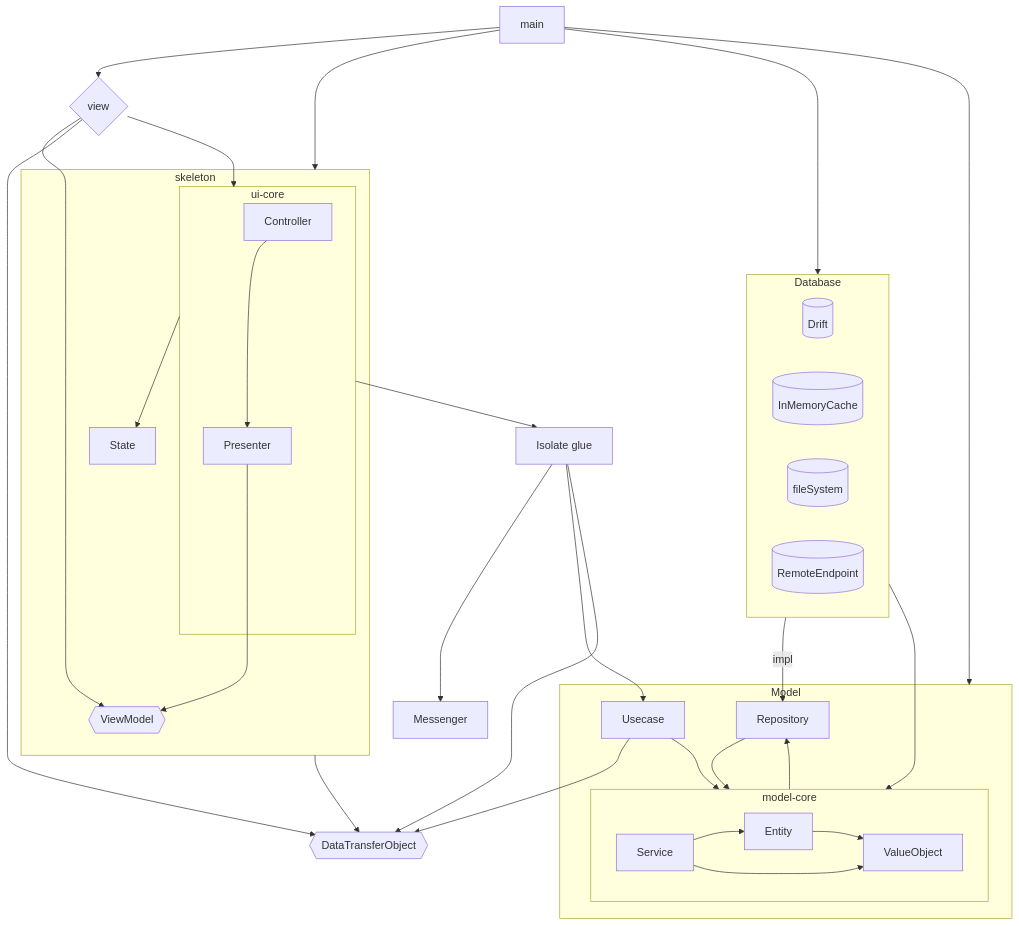
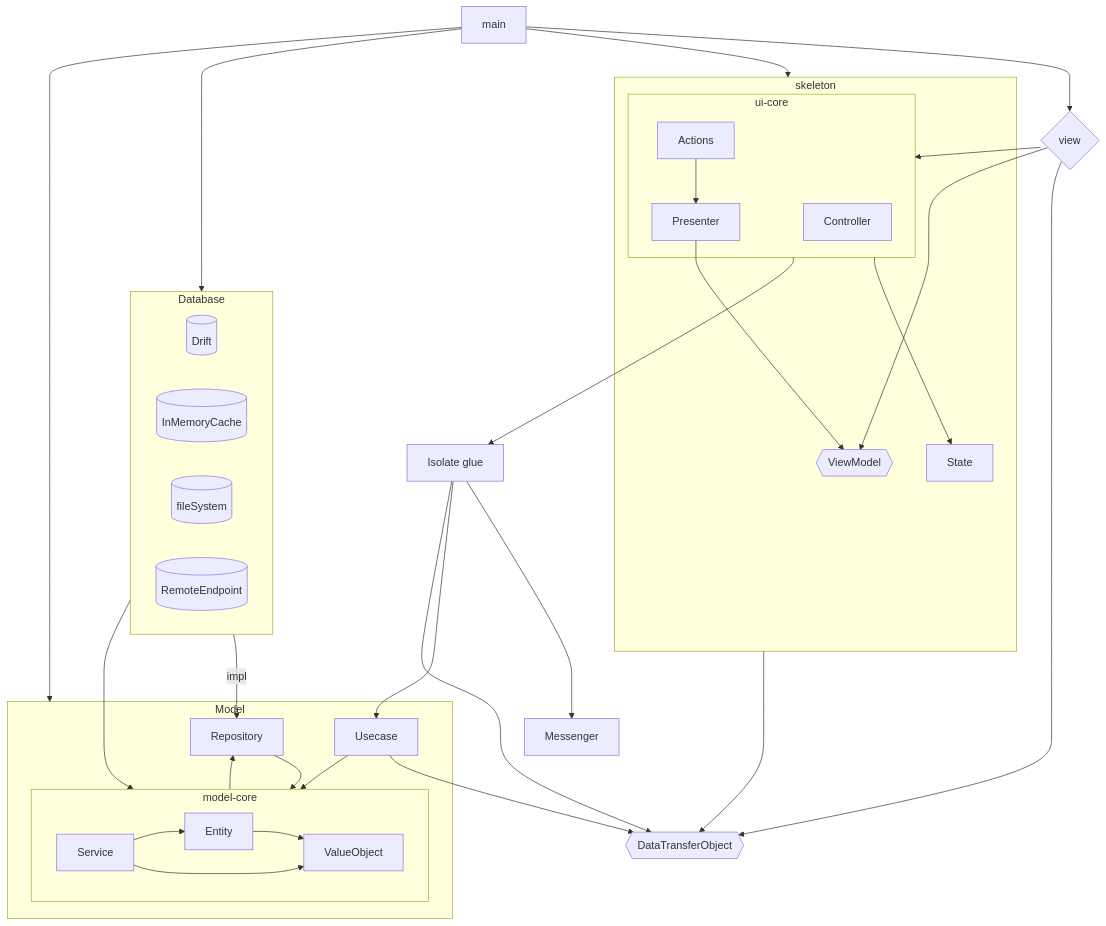
The first of 2 diagrams in docs/architecture.md (HBenpitsu/miraibov2), drawn with Mermaid before and after one commit. The commit also changed 59 other files, not shown here.

````diff
--- a/docs/architecture.md
+++ b/docs/architecture.md
@@ -77,72 +77,73 @@
 ```mermaid
 flowchart TB
 	main
 
 	view{view}
 	view --> ViewModel
 	view --> ui-core
 	subgraph skeleton
 
 		subgraph ui-core
-			Controller-->Presenter
+			Controller
+			Actions-->Presenter
 		end
 
 		ViewModel{{ViewModel}}
 		State
 
 		Presenter-->ViewModel
 		ui-core-->State
 
 	end
 
 
 	isoglue[Isolate glue]
 	Messenger
 
 	ui-core-->isoglue
 	isoglue-->Messenger
 	isoglue-->Usecase
 
 	subgraph Model
 		Usecase
 
 		subgraph model-core
 
 			Service
 			Entity
 			ValueObject
 
 			Service-->Entity
 			Entity-->ValueObject
 			Service-->ValueObject
 
 		end
 
 		Repository
 
 		Usecase-->model-core
 		model-core-->Repository
 		Repository-->model-core
 	end
 
 	subgraph Database
 		drift[(Drift)]
 		inMemory[(InMemoryCache)]
 		fileSystem[(fileSystem)]
 		remote[(RemoteEndpoint)]
 	end
 
 	Database --impl--> Repository
 	Database --> model-core
 
 	main-->view
 	main-->skeleton
 	main-->Database
 	main-->Model
 
 	DataTransferObject{{DataTransferObject}}
 	Usecase-->DataTransferObject
 	isoglue-->DataTransferObject
 	skeleton-->DataTransferObject
 	view-->DataTransferObject
 ```
````
